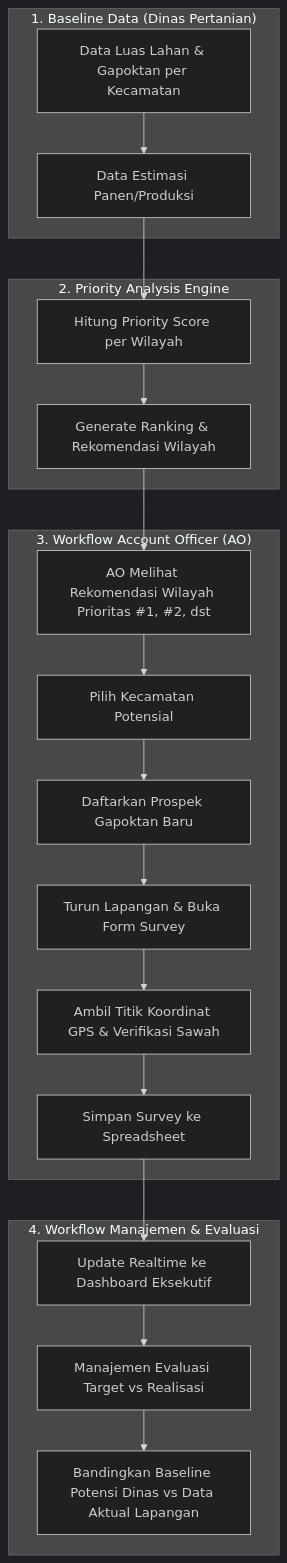
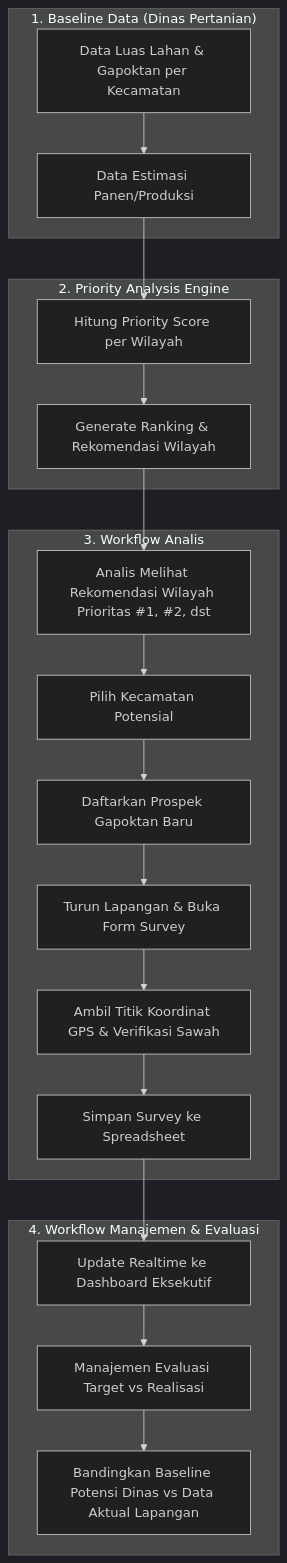
The diagram in PANDUAN_ROLE_DAN_ALUR_SISTEM.md (yogaarisp/ALSINTAN), drawn with Mermaid (dark theme) before and after one commit. The commit also changed other lines of this file and 43 other files, not shown here.

````diff
--- a/PANDUAN_ROLE_DAN_ALUR_SISTEM.md
+++ b/PANDUAN_ROLE_DAN_ALUR_SISTEM.md
@@ -10,26 +10,26 @@
 ```mermaid
 flowchart TD
     subgraph DINAS ["1. Baseline Data (Dinas Pertanian)"]
         A[Data Luas Lahan & Gapoktan per Kecamatan] --> B[Data Estimasi Panen/Produksi]
     end
 
     subgraph ENGINE ["2. Priority Analysis Engine"]
         B --> C[Hitung Priority Score per Wilayah]
         C --> D[Generate Ranking & Rekomendasi Wilayah]
     end
 
-    subgraph AO_WORKFLOW ["3. Workflow Account Officer (AO)"]
-        D --> E[AO Melihat Rekomendasi Wilayah Prioritas #1, #2, dst]
+    subgraph ANALIS_WORKFLOW ["3. Workflow Analis"]
+        D --> E[Analis Melihat Rekomendasi Wilayah Prioritas #1, #2, dst]
         E --> F[Pilih Kecamatan Potensial]
         F --> G[Daftarkan Prospek Gapoktan Baru]
         G --> H[Turun Lapangan & Buka Form Survey]
         H --> I[Ambil Titik Koordinat GPS & Verifikasi Sawah]
         I --> J[Simpan Survey ke Spreadsheet]
     end
 
     subgraph MGT_WORKFLOW ["4. Workflow Manajemen & Evaluasi"]
         J --> K[Update Realtime ke Dashboard Eksekutif]
         K --> L[Manajemen Evaluasi Target vs Realisasi]
         L --> M[Bandingkan Baseline Potensi Dinas vs Data Aktual Lapangan]
     end
 ```
````
